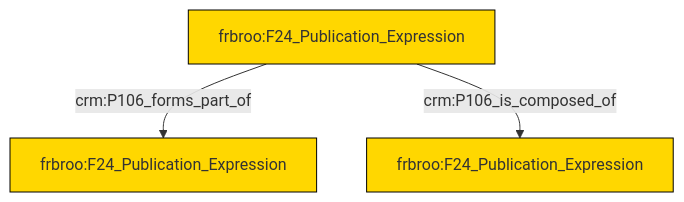
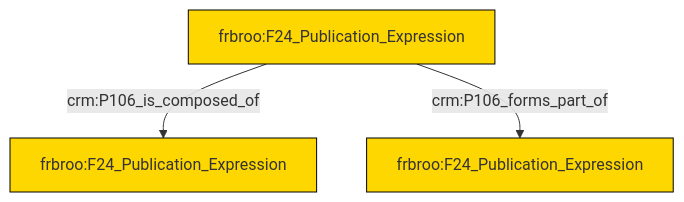
The diagram in et/biblioCSV/ttl/mmd/biblio_parthood.ttl.mmd (swiss-art-research-net/reference-data-models), drawn with Mermaid before and after one commit. The commit also changed 125 other files, not shown here.

```diff
--- a/et/biblioCSV/ttl/mmd/biblio_parthood.ttl.mmd
+++ b/et/biblioCSV/ttl/mmd/biblio_parthood.ttl.mmd
@@ -1,17 +1,17 @@
 graph TD
 classDef Literal fill:#f2f2f2,stroke:#000000;
 classDef CRM_Entity fill:#FFFFFF,stroke:#000000;
 classDef Temporal_Entity fill:#00C9E6, stroke:#000000;
 classDef Type fill:#E18312, stroke:#000000;
 classDef Time-Span fill:#2C9C91, stroke:#000000;
 classDef Appellation fill:#FFEB7F, stroke:#000000;
 classDef Place fill:#008836, stroke:#000000;
 classDef Persistent_Item fill:#B266B2, stroke:#000000;
 classDef Conceptual_Object fill:#FFD700, stroke:#000000;
 classDef Physical_Thing fill:#D2B48C, stroke:#000000;
 classDef Actor fill:#f58aad, stroke:#000000;
 classDef PC_Classes fill:#4ce600, stroke:#000000;
 classDef Multi fill:#cccccc,stroke:#000000;
 
-2["frbroo:F24_Publication_Expression"]:::Conceptual_Object -->|crm:P106_forms_part_of| 4["frbroo:F24_Publication_Expression"]:::Conceptual_Object
-2["frbroo:F24_Publication_Expression"]:::Conceptual_Object -->|crm:P106_is_composed_of| 0["frbroo:F24_Publication_Expression"]:::Conceptual_Object
+0["frbroo:F24_Publication_Expression"]:::Conceptual_Object -->|crm:P106_is_composed_of| 2["frbroo:F24_Publication_Expression"]:::Conceptual_Object
+0["frbroo:F24_Publication_Expression"]:::Conceptual_Object -->|crm:P106_forms_part_of| 4["frbroo:F24_Publication_Expression"]:::Conceptual_Object
```
